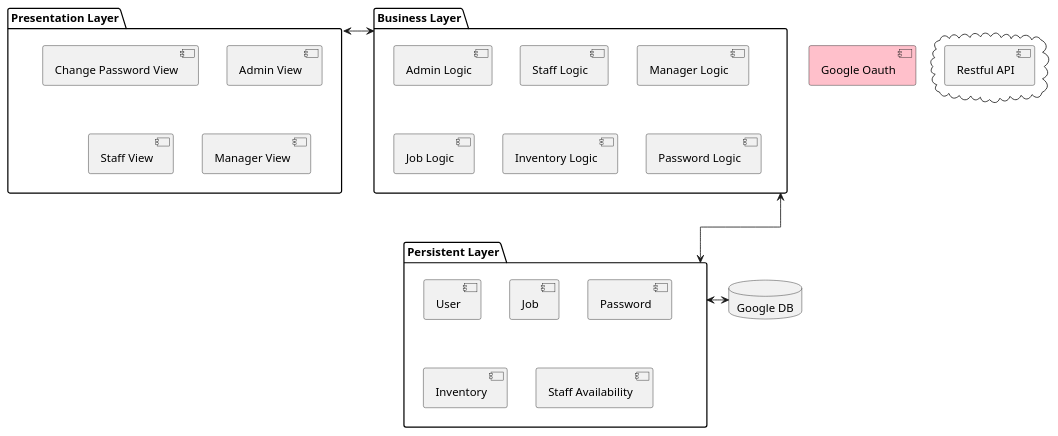
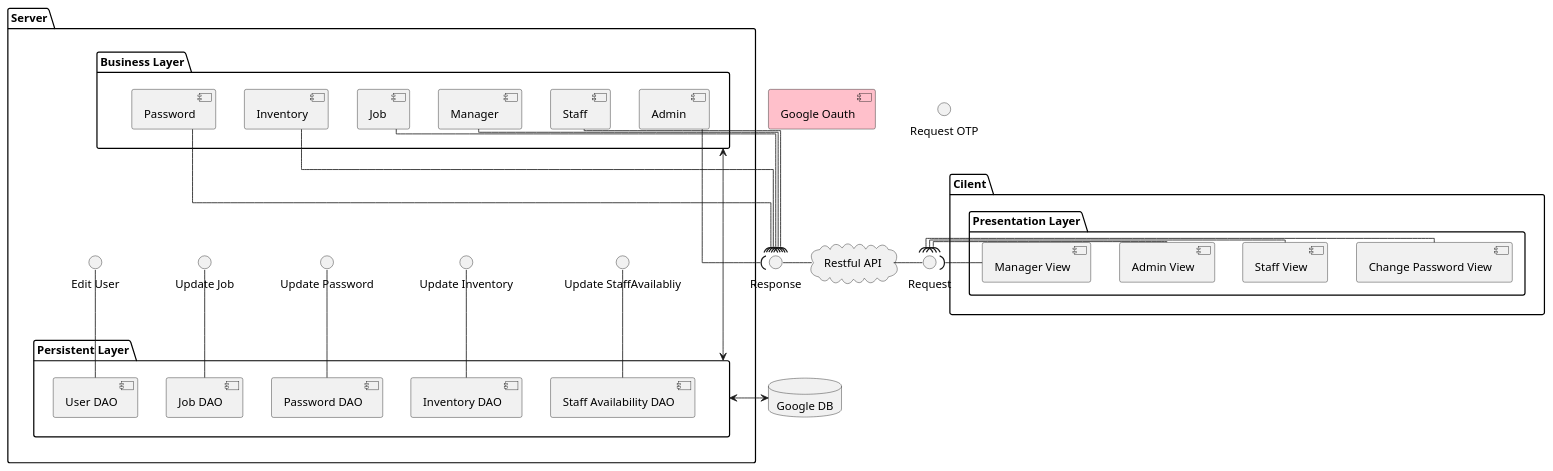
One commit to tryhardlaijun/Y2Trim1SoftEngPlantUml changed the diagram in 2101/M2Component.Plantuml. Above: the diagram before and after it, drawn with PlantUML. The commit also changed 1 other file, not shown here.

Commit message:
PlantUML For m2

```diff
--- a/2101/M2Component.Plantuml
+++ b/2101/M2Component.Plantuml
@@ -1,49 +1,88 @@
 @startuml
 skinparam classAttributeIconSize 0
 skinparam linetype ortho
 top to bottom direction
 
+'Interface
 
 'Declaring things
+database "Google DB" as db
 [Google Oauth] as Google #Pink
-database "Google DB" as db
 
+package "Cilent" as Cilent{
+  package  "Presentation Layer"  as Presentation{
+    [Change Password View] as PasswordView
+    [Admin View] as AdminView
+    [Staff View] as StaffView
+    [Manager View] as ManagerView
 
-package  "Presentation Layer"  as Presentation{
-  [Change Password View] as PasswordView
-  [Admin View] as AdminView
-  [Staff View] as StaffView
-  [Manager View] as ManagerView
+  }
+}
+
+package "Server" as server{
+  Interface "Edit User" as EditUser
+  Interface "Update Job" as UpdateJob
+  Interface "Update Password" as UpdatePassword
+  Interface "Update Inventory" as UpdateInventory
+  Interface "Update StaffAvailabliy" as UpdateStaffAvailabliy
+
+  package  "Business Layer" as Business {
+    [Admin ] as Admin
+    [Staff ] as Staff
+    [Manager ] as Manager
+    [Job ] as Job
+    [Inventory] as Inventory
+    [Password] as Password
+
+  }
+
+  package "Persistent Layer" as Persistent {
+    [User DAO] as UserDAO
+    [Job DAO] as JobDAO
+    [Password DAO] as PasswordDAO
+    [Inventory DAO] as InventoryDAO
+    [Staff Availability DAO] as StaffAvailabilityDAO
+    UserDAO -u- EditUser
+    JobDAO -u- UpdateJob
+    PasswordDAO -u- UpdatePassword
+    InventoryDAO -u- UpdateInventory
+    StaffAvailabilityDAO -u- UpdateStaffAvailabliy
+  }
 
 }
 
-package  "Business Layer" as Business {
-  [Admin Logic] as AdminLogic
-  [Staff Logic] as StaffLogic
-  [Manager Logic] as ManagerLogic
-  [Job Logic] as JobLogic
-  [Inventory Logic] as InventoryLogic
-  [Password Logic] as PasswordLogic
+cloud "Restful API" as RestfulAPI{
+}
+Business <--->  Persistent
 
-}
+Persistent <-> db
 
-package "Persistent Layer" as Persistent {
-  [User] as User
-  [Job] as Job
-  [Password] as Password
-  [Inventory] as Inventory
-  [Staff Availability] as StaffAvailability
 
-}
-cloud {
-  [Restful API] as Restful
-}
+Interface "Request OTP" as OTP
+Interface "Request" as HTTPRequest
+Interface "Response" as HTTPResponse
+
+
+RestfulAPI -l- HTTPResponse
+RestfulAPI -r- HTTPRequest
+
+PasswordView -( HTTPRequest
+StaffView -( HTTPRequest
+AdminView -( HTTPRequest
+ManagerView -( HTTPRequest
+
+
+Admin  --( HTTPResponse
+Staff --( HTTPResponse
+Manager --( HTTPResponse
+Job --( HTTPResponse
+Inventory --( HTTPResponse
+Password --( HTTPResponse
 
 
 
-Presentation <->  Business
-Business <---->  Persistent
 
-Persistent <-> db
+
+
 
 @enduml
```
